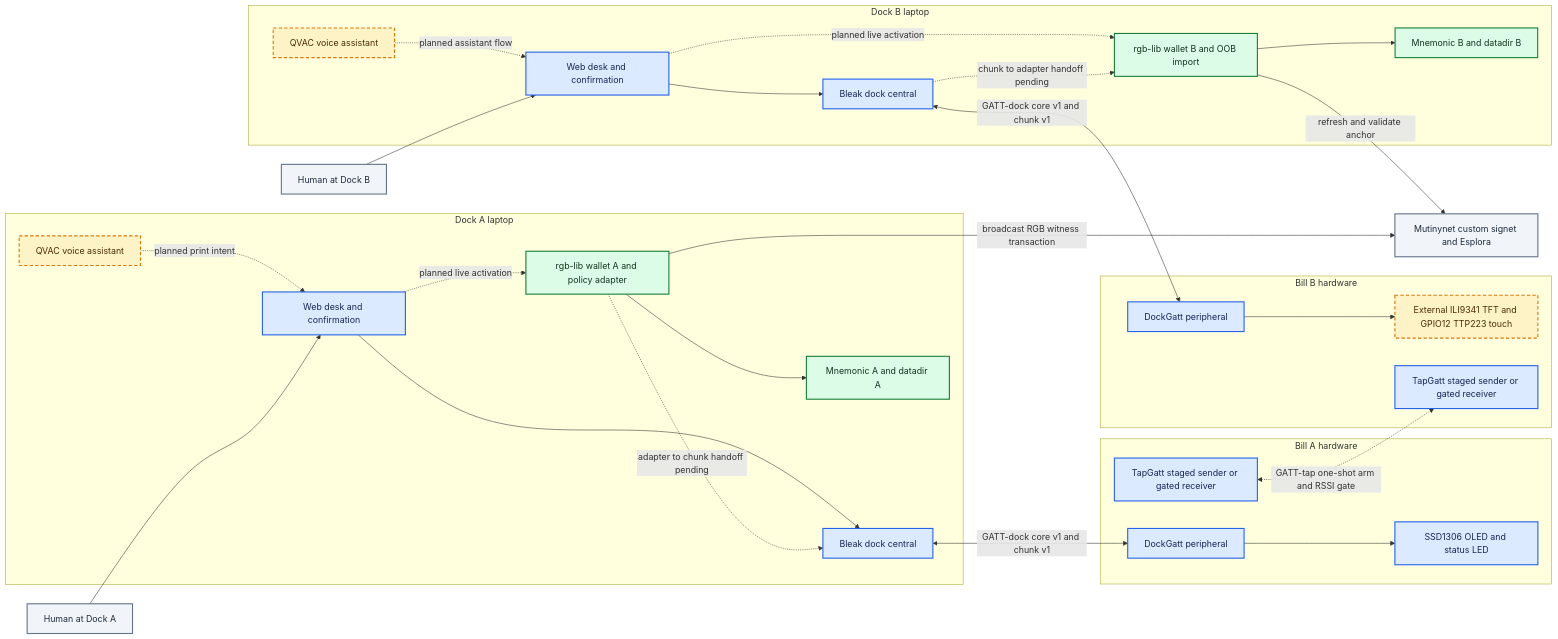
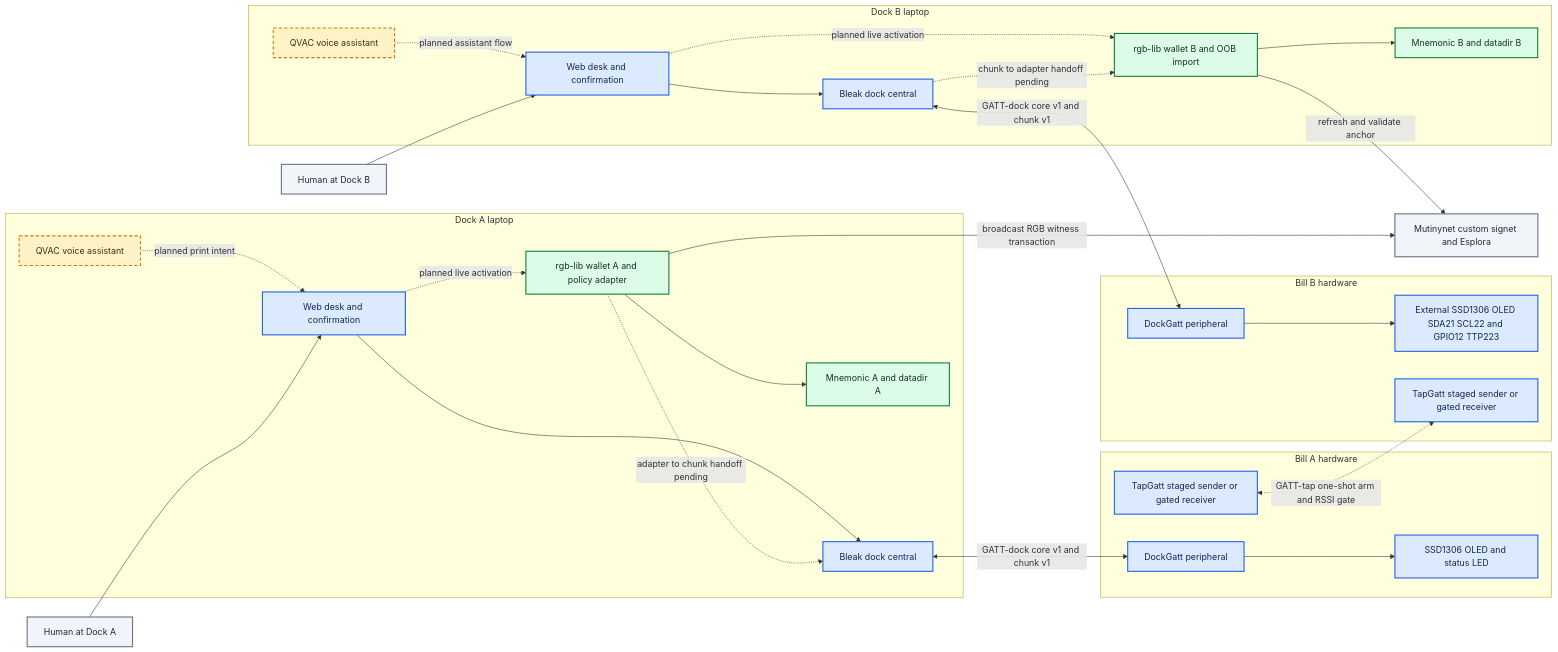
The diagram in docs/diagrams/src/01-system-architecture.mmd (EdwinKestler/bill), drawn with Mermaid before and after one commit. The commit also changed 33 other files, not shown here.

```diff
--- a/docs/diagrams/src/01-system-architecture.mmd
+++ b/docs/diagrams/src/01-system-architecture.mmd
@@ -1,58 +1,58 @@
 flowchart LR
     classDef verified fill:#dcfce7,stroke:#16803a,color:#12351f,stroke-width:2px
     classDef implemented fill:#dbeafe,stroke:#2563eb,color:#172554,stroke-width:2px
     classDef planned fill:#fef3c7,stroke:#d97706,color:#4a2b05,stroke-width:2px,stroke-dasharray:6 4
     classDef external fill:#f1f5f9,stroke:#64748b,color:#1e293b,stroke-width:2px
 
     humanA["Human at Dock A"]:::external
     humanB["Human at Dock B"]:::external
 
     subgraph dockAZone["Dock A laptop"]
         webA["Web desk and confirmation"]:::implemented
         qvacA["QVAC voice assistant"]:::planned
         bleA["Bleak dock central"]:::implemented
         rgbA["rgb-lib wallet A and policy adapter"]:::verified
         secretA["Mnemonic A and datadir A"]:::verified
         webA --> bleA
         webA -.->|"planned live activation"| rgbA
         qvacA -.->|"planned print intent"| webA
         rgbA --> secretA
     end
 
     subgraph billAZone["Bill A hardware"]
         dockGattA["DockGatt peripheral"]:::implemented
         oledA["SSD1306 OLED and status LED"]:::implemented
         tapGattA["TapGatt staged sender or gated receiver"]:::implemented
         dockGattA --> oledA
     end
 
     subgraph billBZone["Bill B hardware"]
         dockGattB["DockGatt peripheral"]:::implemented
-        oledB["External ILI9341 TFT and GPIO12 TTP223 touch"]:::planned
+        oledB["External SSD1306 OLED SDA21 SCL22 and GPIO12 TTP223"]:::implemented
         tapGattB["TapGatt staged sender or gated receiver"]:::implemented
         dockGattB --> oledB
     end
 
     subgraph dockBZone["Dock B laptop"]
         webB["Web desk and confirmation"]:::implemented
         qvacB["QVAC voice assistant"]:::planned
         bleB["Bleak dock central"]:::implemented
         rgbB["rgb-lib wallet B and OOB import"]:::verified
         secretB["Mnemonic B and datadir B"]:::verified
         webB --> bleB
         webB -.->|"planned live activation"| rgbB
         qvacB -.->|"planned assistant flow"| webB
         rgbB --> secretB
     end
 
     chain["Mutinynet custom signet and Esplora"]:::external
 
     humanA --> webA
     humanB --> webB
     bleA <-->|"GATT-dock core v1 and chunk v1"| dockGattA
     bleB <-->|"GATT-dock core v1 and chunk v1"| dockGattB
     tapGattA <-.->|"GATT-tap one-shot arm and RSSI gate"| tapGattB
     rgbA -->|"broadcast RGB witness transaction"| chain
     rgbB -->|"refresh and validate anchor"| chain
     rgbA -.->|"adapter to chunk handoff pending"| bleA
     bleB -.->|"chunk to adapter handoff pending"| rgbB
```
